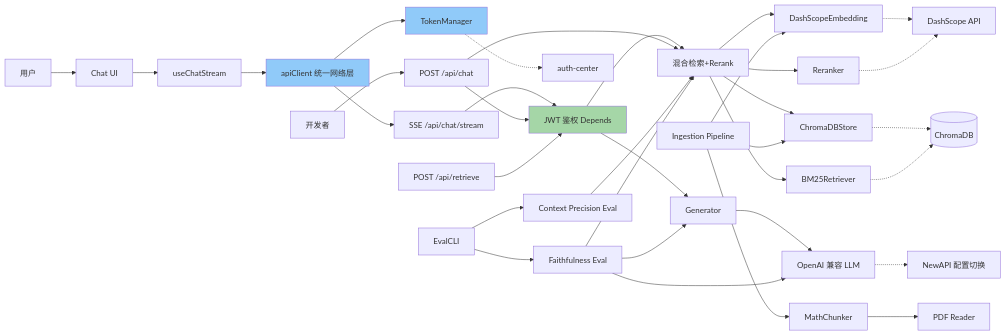
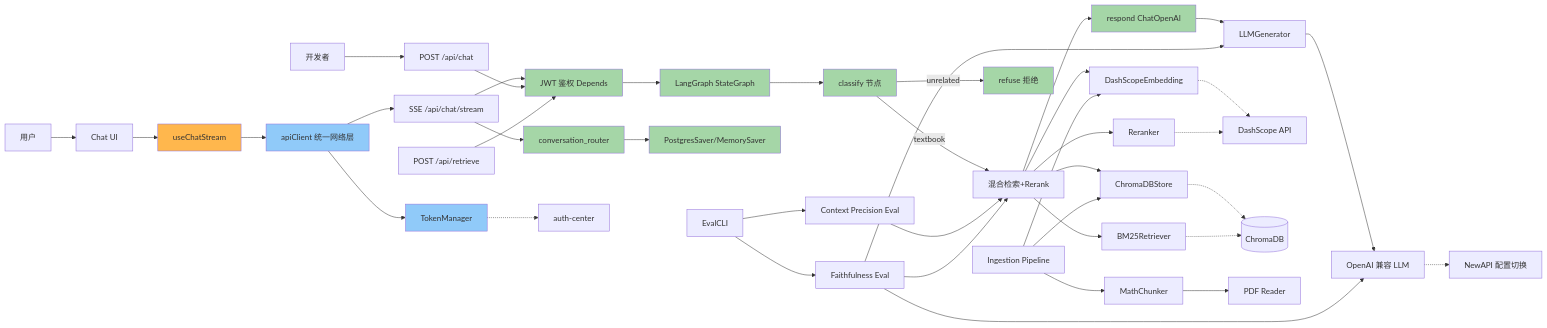
One commit to xiaolutang/OctoTutor changed the diagram in .dev-flow/feature-map.md. Above: the diagram before and after it, drawn with Mermaid. The commit also changed other lines of this file and 5 other files, not shown here.

````diff
--- a/.dev-flow/feature-map.md
+++ b/.dev-flow/feature-map.md
@@ -5,47 +5,62 @@
 ```mermaid
 graph LR
     User[用户] --> ChatUI[Chat UI]
     ChatUI --> SSEHook[useChatStream]
     SSEHook --> ApiClient[apiClient 统一网络层]
     ApiClient --> SSEEndpoint[SSE /api/chat/stream]
     ApiClient --> TokenMgr[TokenManager]
 
     Dev[开发者] --> ChatAPI[POST /api/chat]
 
     SSEEndpoint --> AuthMiddleware[JWT 鉴权 Depends]
     ChatAPI --> AuthMiddleware
     RetrieveAPI[POST /api/retrieve] --> AuthMiddleware
-    AuthMiddleware --> Retrieve[混合检索+Rerank]
-    ChatAPI --> Retrieve
+
+    AuthMiddleware --> StateGraph[LangGraph StateGraph]
+    StateGraph --> Classify[classify 节点]
+    Classify -->|textbook| Retrieve[混合检索+Rerank]
+    Classify -->|unrelated| Refuse[refuse 拒绝]
+    Retrieve --> Respond[respond ChatOpenAI]
+
     Retrieve --> Embedding[DashScopeEmbedding]
     Retrieve --> VectorStore[ChromaDBStore]
     Retrieve --> BM25[BM25Retriever]
     Retrieve --> Reranker[Reranker]
 
-    AuthMiddleware --> Generator[Generator]
+    SSEEndpoint --> ConvRouter[conversation_router]
+    ConvRouter --> Checkpointer[PostgresSaver/MemorySaver]
+
+    Respond --> Generator[LLMGenerator]
     Generator --> LLM[OpenAI 兼容 LLM]
 
     TokenMgr -.-> AuthCenter[auth-center]
 
     EvalCLI --> CPEval[Context Precision Eval]
     EvalCLI --> FaithEval[Faithfulness Eval]
     CPEval --> Retrieve
     FaithEval --> Retrieve
     FaithEval --> Generator
     FaithEval --> LLM
 
     Embedding -.-> DashScope[DashScope API]
     Reranker -.-> DashScope
     VectorStore -.-> ChromaDB[(ChromaDB)]
     BM25 -.-> ChromaDB
     LLM -.-> NewAPI[NewAPI 配置切换]
 
     Ingestion[Ingestion Pipeline] --> Embedding
     Ingestion --> VectorStore
     Ingestion --> Chunker[MathChunker]
     Chunker --> PDFReader[PDF Reader]
 
+    style StateGraph fill:#A5D6A7
+    style Classify fill:#A5D6A7
+    style Respond fill:#A5D6A7
+    style Refuse fill:#A5D6A7
+    style ConvRouter fill:#A5D6A7
+    style Checkpointer fill:#A5D6A7
     style ApiClient fill:#90CAF9
     style TokenMgr fill:#90CAF9
     style AuthMiddleware fill:#A5D6A7
+    style SSEHook fill:#FFB74D
 ```
````
